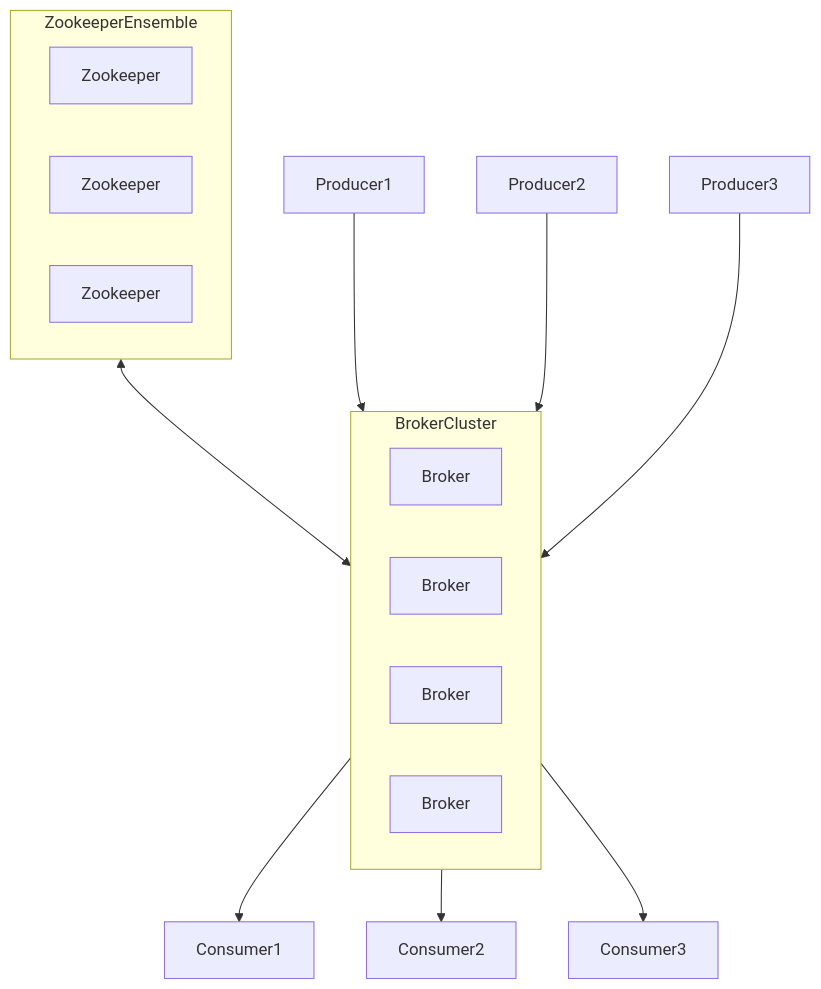
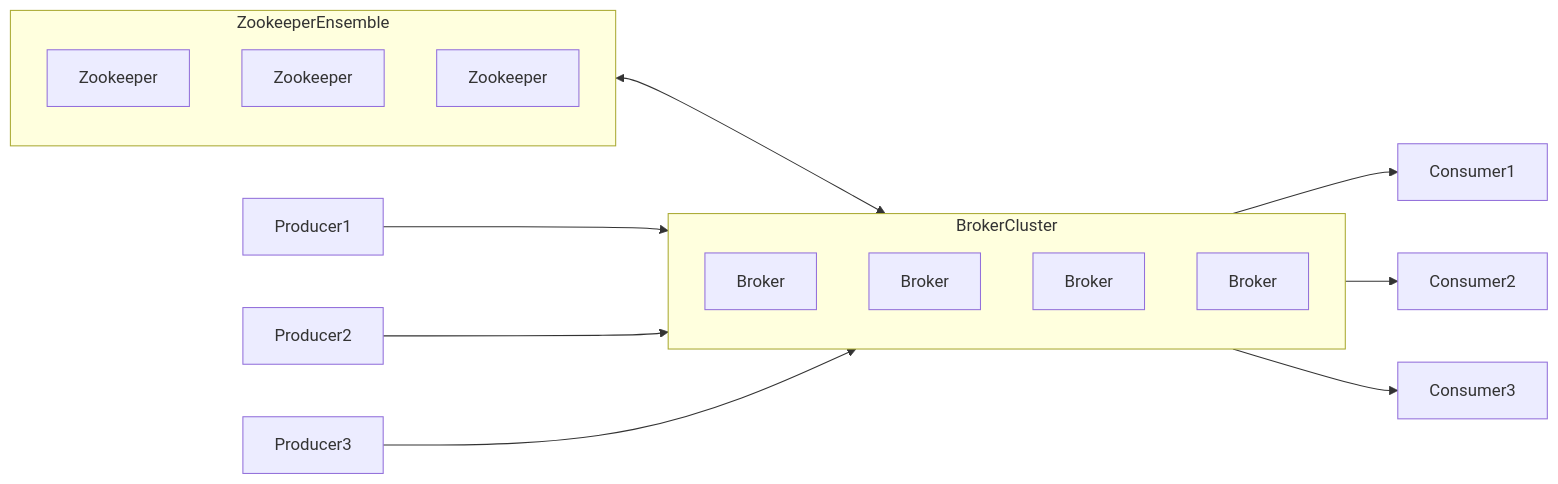
Before and after one commit to maryletteroa/maryletteroa.github.io: the fifth of 5 diagrams in _posts/2025-03-20-Apache-Kafka.md, drawn with Mermaid.

Commit message:
update post

````diff
--- a/_posts/2025-03-20-Apache-Kafka.md
+++ b/_posts/2025-03-20-Apache-Kafka.md
@@ -365,19 +365,19 @@
 ```mermaid
-flowchart TB
+flowchart LR
     subgraph BrokerCluster
         B["Broker"]
         C["Broker"]
         D["Broker"]
         E["Broker"]
     end
     subgraph ZookeeperEnsemble
 	    F["Zookeeper"]
         G["Zookeeper"]
         H["Zookeeper"]
 	end
     ZookeeperEnsemble <--> BrokerCluster
     Producer1 --> BrokerCluster --> Consumer1
     Producer2 --> BrokerCluster --> Consumer2
     Producer3 --> BrokerCluster --> Consumer3
 
 ```
````
